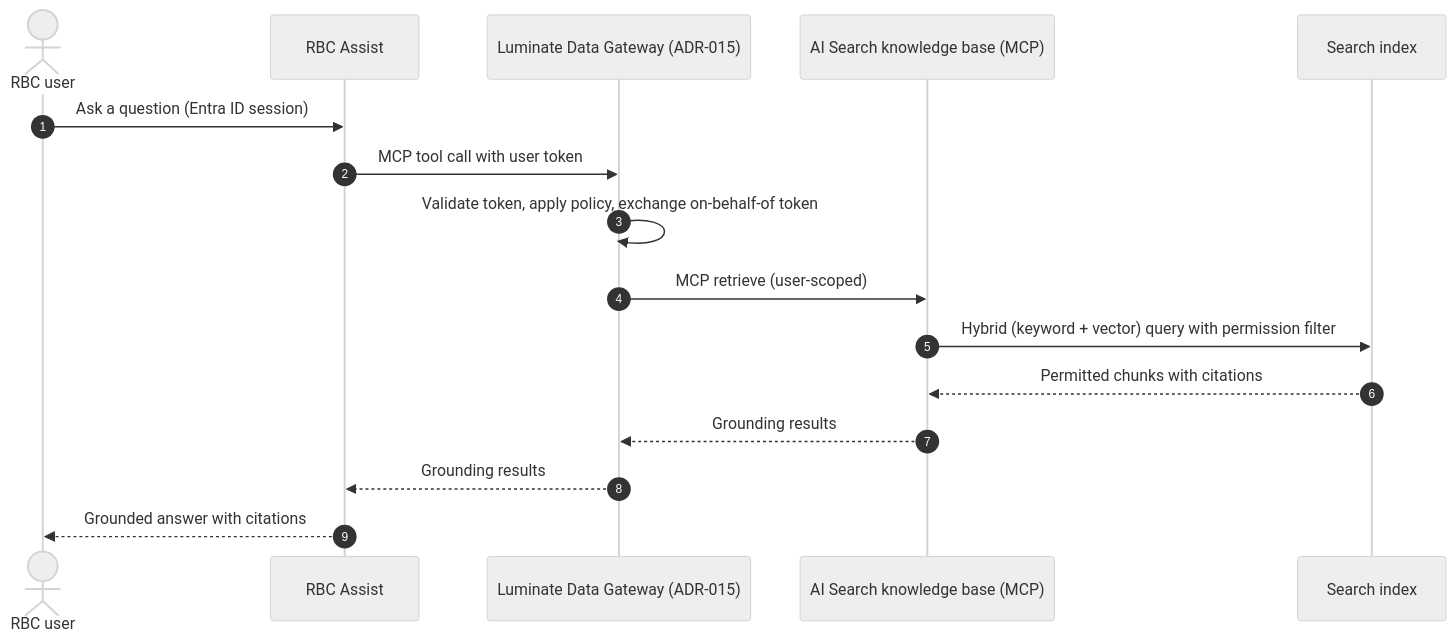
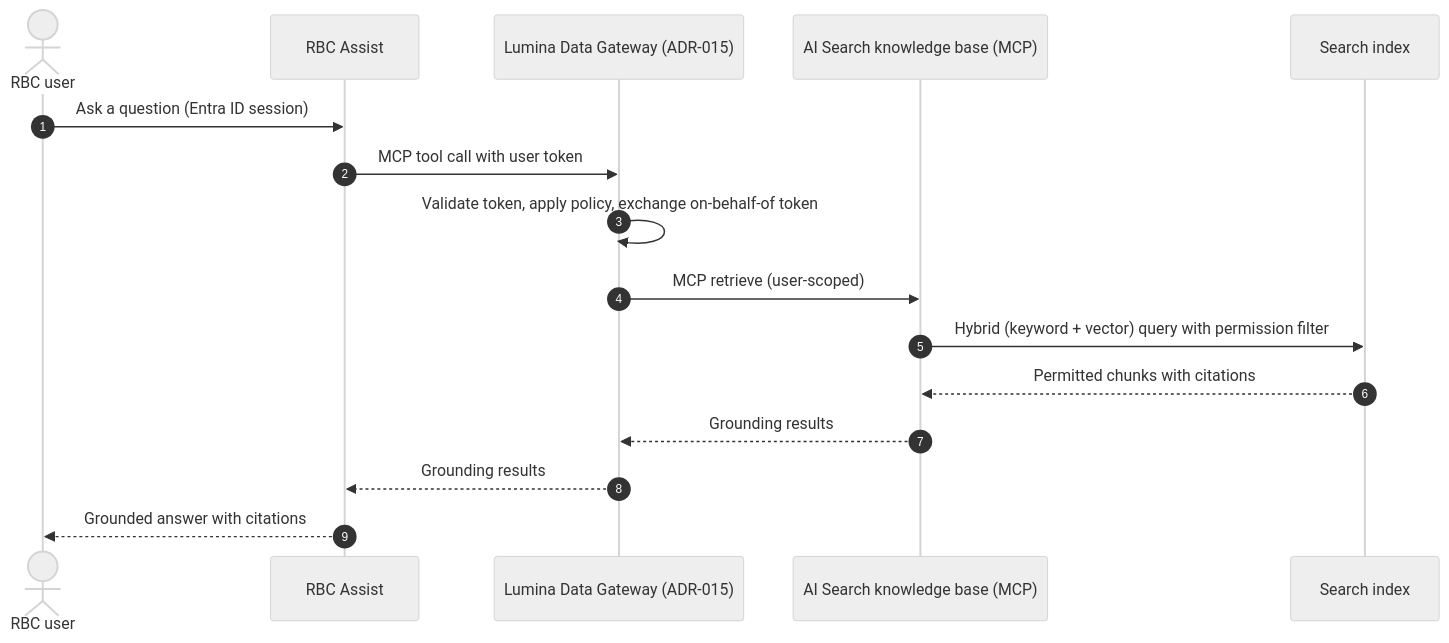
Before and after one commit to chilakos/knowledge-service: the third of 3 diagrams in docs/adr/ADR-020-onprem-rag-grounding-via-onelake-shortcuts.md, drawn with Mermaid (neutral theme). The commit also changed other lines of this file and 3 other files, not shown here.

First line of the commit message:
Rename Luminate Data Gateway to Lumina Data Gateway

````diff
--- a/docs/adr/ADR-020-onprem-rag-grounding-via-onelake-shortcuts.md
+++ b/docs/adr/ADR-020-onprem-rag-grounding-via-onelake-shortcuts.md
@@ -160,18 +160,18 @@
 ```mermaid
 sequenceDiagram
     autonumber
     actor User as RBC user
     participant Assist as RBC Assist
-    participant LDG as Luminate Data Gateway (ADR-015)
+    participant LDG as Lumina Data Gateway (ADR-015)
     participant KB as AI Search knowledge base (MCP)
     participant IDX as Search index
     User->>Assist: Ask a question (Entra ID session)
     Assist->>LDG: MCP tool call with user token
     LDG->>LDG: Validate token, apply policy, exchange on-behalf-of token
     LDG->>KB: MCP retrieve (user-scoped)
     KB->>IDX: Hybrid (keyword + vector) query with permission filter
     IDX-->>KB: Permitted chunks with citations
     KB-->>LDG: Grounding results
     LDG-->>Assist: Grounding results
     Assist-->>User: Grounded answer with citations
 ```
````
